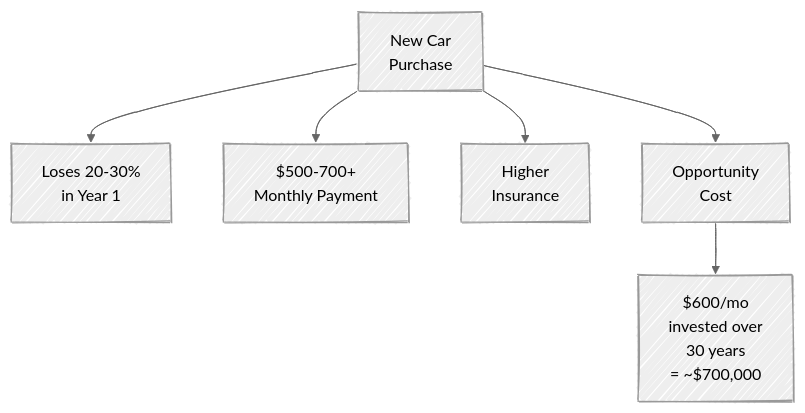
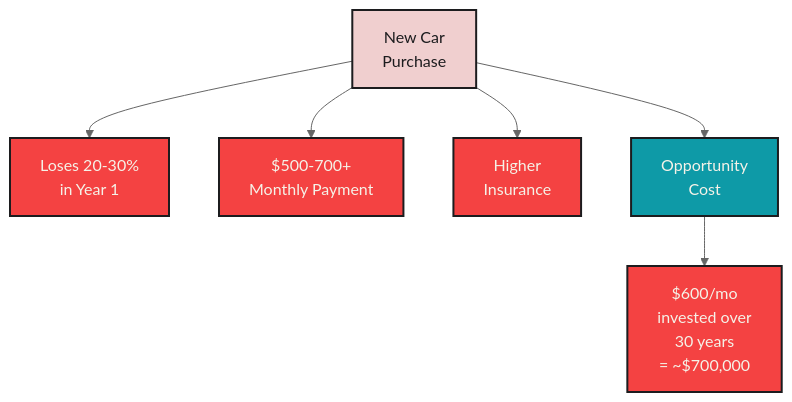
One commit to mjfrigaard/fm-finance changed the fifth of 7 diagrams in managing_debt.qmd. Above: the diagram before and after it, drawn with Mermaid. The commit also changed other lines of this file and 5 other files, not shown here.

Commit message:
updates to mermaid

````diff
--- a/managing_debt.qmd
+++ b/managing_debt.qmd
@@ -323,12 +360,18 @@
 ```{mermaid}
 %%| fig-cap: 'Car Payments'
 %%| fig-align: center
-%%{init: {'theme': 'neutral', 'look': 'handDrawn', 'themeVariables': { 'fontFamily': 'monospace', "fontSize":"16px"}}}%%
+%%{init: {'theme': 'neutral', 'themeVariables': { 'fontFamily': 'monospace', "fontSize":"16px"}}}%%
 
 flowchart TD
     NewCar[New Car<br>Purchase] --> Depreciation[Loses 20-30%<br>in Year 1]
     NewCar --> Payment[$500-700+<br>Monthly Payment]
     NewCar --> Insurance[Higher<br>Insurance]
     NewCar --> Opportunity[Opportunity<br>Cost]
     Opportunity --> LostWealth[$600/mo<br>invested over<br>30 years<br>= ~$700,000]
+    style NewCar fill:#f0cfcf,color:#1C1C1E,stroke:#1C1C1E,stroke-width:2px
+    style Depreciation fill:#f44242,color:#F5F2E8,stroke:#1C1C1E,stroke-width:2px
+    style Payment fill:#f44242,color:#F5F2E8,stroke:#1C1C1E,stroke-width:2px
+    style Insurance fill:#f44242,color:#F5F2E8,stroke:#1C1C1E,stroke-width:2px
+    style Opportunity fill:#0e9aa7,color:#F5F2E8,stroke:#1C1C1E,stroke-width:2px
+    style LostWealth fill:#f44242,color:#F5F2E8,stroke:#1C1C1E,stroke-width:2px
 ```
````
